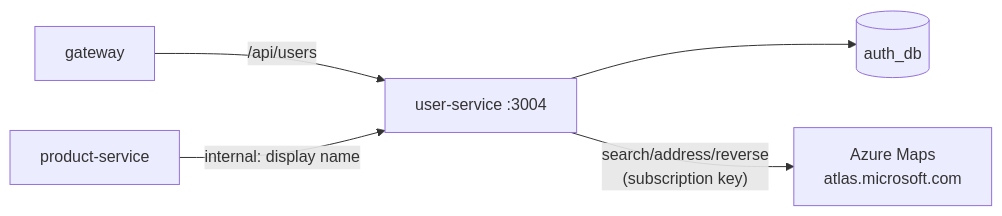
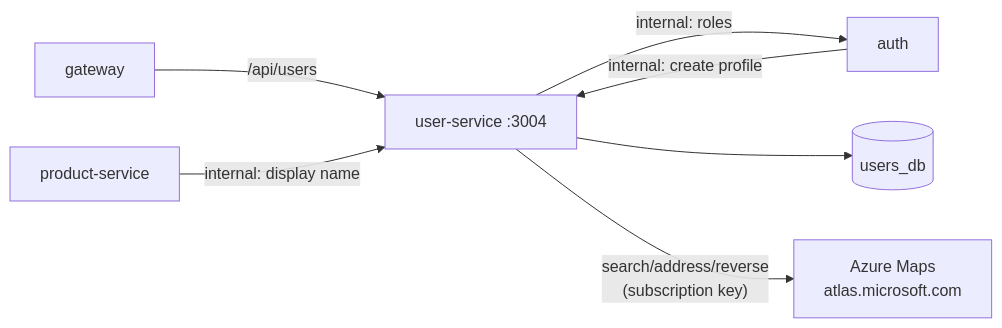
One commit to nishadZC/boutique-app changed the diagram in backend/services/user-service/README.md. Above: the diagram before and after it, drawn with Mermaid. The commit also changed other lines of this file and 97 other files, not shown here.

First line of the commit message:
Shared auth library; user service gets its own users_db

````diff
--- a/backend/services/user-service/README.md
+++ b/backend/services/user-service/README.md
@@ -7,7 +7,9 @@
 ```mermaid
 flowchart LR
     gw["gateway"] -- "/api/users" --> us["user-service :3004"]
     prod["product-service"] -- "internal: display name" --> us
-    us --> db[("auth_db")]
+    auth["auth"] -- "internal: create profile" --> us
+    us -- "internal: roles" --> auth
+    us --> db[("users_db")]
     us -- "search/address/reverse<br/>(subscription key)" --> maps["Azure Maps<br/>atlas.microsoft.com"]
 ```
````
